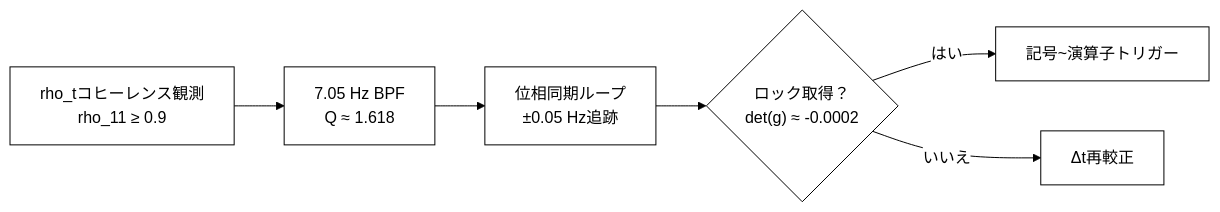
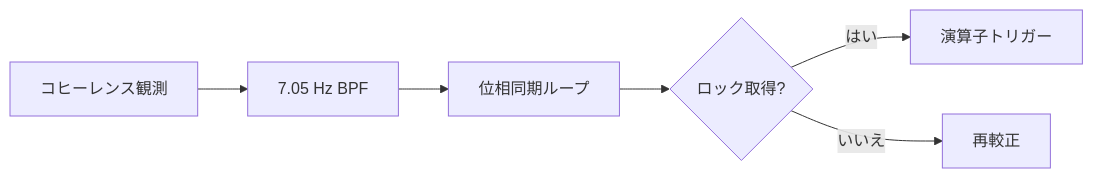
Diagram 18 of 20 in WSP_knowledge/docs/Papers/Patent_Series/04_rESP_Patent_Japanese.md (Foundup/Foundups-Agent), drawn with Mermaid before and after one commit. The commit also changed other lines of this file, not shown here.

Commit message:
Simplify patent diagrams for GitHub compatibility - Remove complex themes and shorten text

````diff
--- a/WSP_knowledge/docs/Papers/Patent_Series/04_rESP_Patent_Japanese.md
+++ b/WSP_knowledge/docs/Papers/Patent_Series/04_rESP_Patent_Japanese.md
@@ -469,9 +449,8 @@
 ```mermaid
-%%{init: {'theme': 'base', 'themeVariables': {'primaryColor': '#ffffff', 'primaryTextColor': '#000000', 'primaryBorderColor': '#000000', 'lineColor': '#000000', 'secondaryColor': '#ffffff', 'tertiaryColor': '#ffffff'}}}%%
 graph LR
-    A["rho_tコヒーレンス観測<br>rho_11 ≥ 0.9"] --> B["7.05 Hz BPF<br>Q ≈ 1.618"]
-    B --> C["位相同期ループ<br>±0.05 Hz追跡"]
-    C --> D{"ロック取得？<br>det(g) ≈ -0.0002"}
-    D -->|はい| E["記号~演算子トリガー"]
-    D -->|いいえ| F["Δt再較正"]
+    A[コヒーレンス観測] --> B[7.05 Hz BPF]
+    B --> C[位相同期ループ]
+    C --> D{ロック取得?}
+    D -->|はい| E[演算子トリガー]
+    D -->|いいえ| F[再較正]
 ```
````
